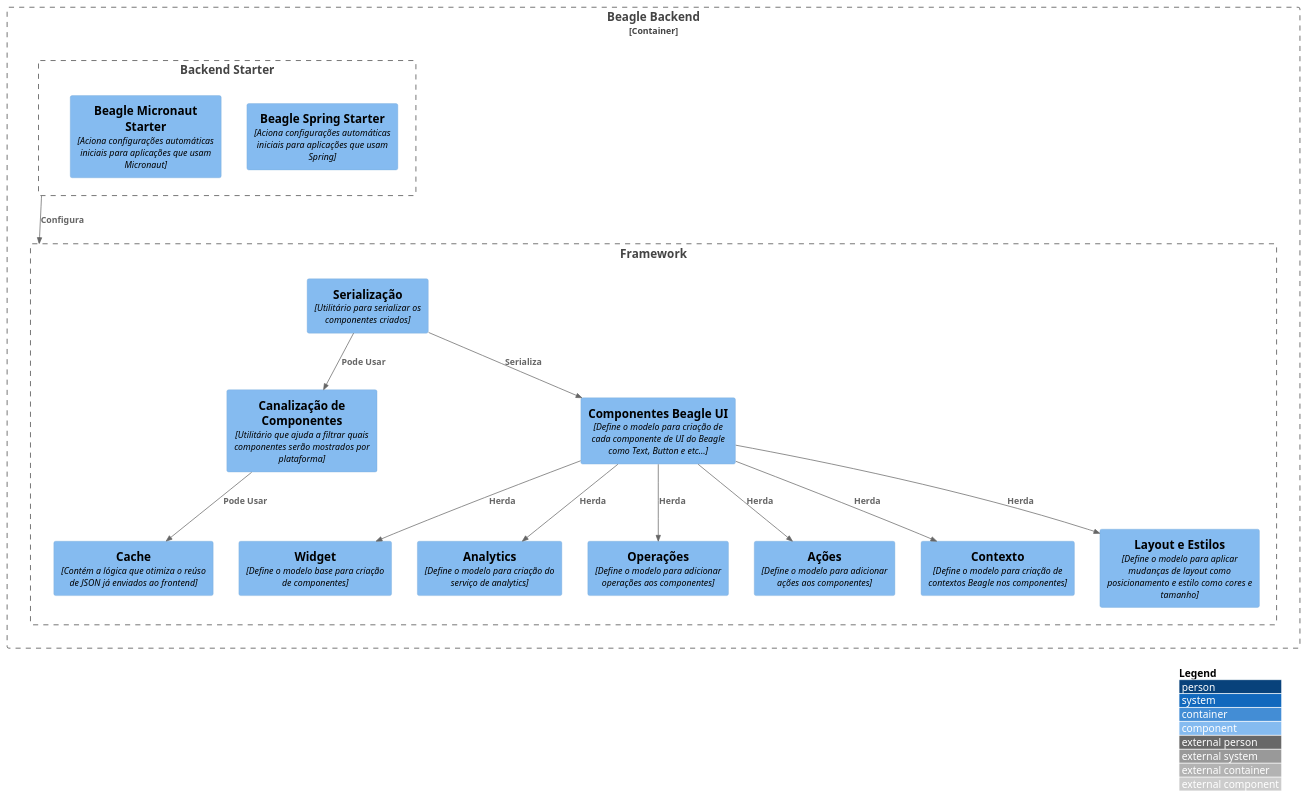
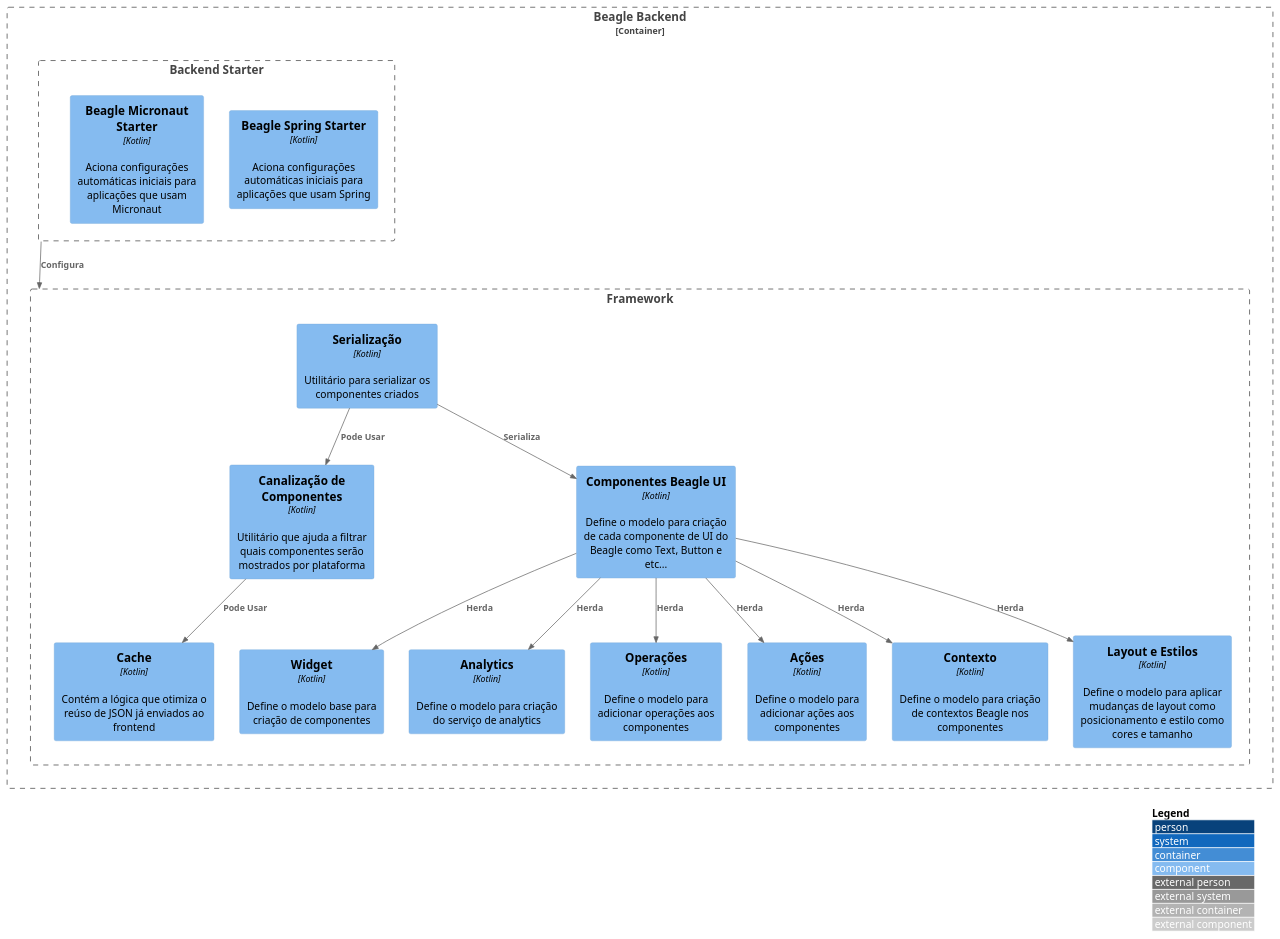
One commit to ZupIT/beagle-c4model changed the diagram in pt-br/src/C3 -  Component/Beagle Backend/c3.puml. Above: the diagram before and after it, drawn with PlantUML. The commit also changed 2 other files, not shown here.

Commit message:
Adds c3 backend translation

```diff
--- a/pt-br/src/C3 -  Component/Beagle Backend/c3.puml
+++ b/pt-br/src/C3 -  Component/Beagle Backend/c3.puml
@@ -1,40 +1,40 @@
 @startuml c2
 !include https://raw.githubusercontent.com/adrianvlupu/C4-PlantUML/latest/C4_Component.puml
 LAYOUT_WITH_LEGEND()
 
 Container_Boundary(beagle_backend, "Beagle Backend"){
 
   Boundary(backend_starter, "Backend Starter"){
-    Component(backend_starter_spring, "Beagle Spring Starter", "Aciona configurações automáticas iniciais para aplicações que usam Spring")
-    Component(backend_starter_micronaut, "Beagle Micronaut Starter", "Aciona configurações automáticas iniciais para aplicações que usam Micronaut")
+    Component(backend_starter_spring, "Beagle Spring Starter", "Kotlin","Aciona configurações automáticas iniciais para aplicações que usam Spring")
+    Component(backend_starter_micronaut, "Beagle Micronaut Starter", "Kotlin","Aciona configurações automáticas iniciais para aplicações que usam Micronaut")
   }
 
   Boundary(framework, "Framework"){
-    Component(cache, "Cache", "Contém a lógica que otimiza o reúso de JSON já enviados ao frontend")
-    Component(component_sorting, "Canalização de Componentes", "Utilitário que ajuda a filtrar quais componentes serão mostrados por plataforma")
-    Component(widget, "Widget", "Define o modelo base para criação de componentes")
-    Component(beagle_components, "Componentes Beagle UI", "Define o modelo para criação de cada componente de UI do Beagle como Text, Button e etc...")
-    Component(analytics, "Analytics", "Define o modelo para criação do serviço de analytics")
-    Component(operations, "Operações", "Define o modelo para adicionar operações aos componentes")
-    Component(actions, "Ações", "Define o modelo para adicionar ações aos componentes")
-    Component(serialization, "Serialização", "Utilitário para serializar os componentes criados")
-    Component(context, "Contexto", "Define o modelo para criação de contextos Beagle nos componentes")
-    Component(layout_style, "Layout e Estilos", "Define o modelo para aplicar mudanças de layout como posicionamento e estilo como cores e tamanho")
+    Component(cache, "Cache", "Kotlin","Contém a lógica que otimiza o reúso de JSON já enviados ao frontend")
+    Component(component_sorting, "Canalização de Componentes", "Kotlin","Utilitário que ajuda a filtrar quais componentes serão mostrados por plataforma")
+    Component(widget, "Widget", "Kotlin","Define o modelo base para criação de componentes")
+    Component(beagle_components, "Componentes Beagle UI", "Kotlin","Define o modelo para criação de cada componente de UI do Beagle como Text, Button e etc...")
+    Component(analytics, "Analytics", "Kotlin","Define o modelo para criação do serviço de analytics")
+    Component(operations, "Operações", "Kotlin","Define o modelo para adicionar operações aos componentes")
+    Component(actions, "Ações", "Kotlin","Define o modelo para adicionar ações aos componentes")
+    Component(serialization, "Serialização", "Kotlin","Utilitário para serializar os componentes criados")
+    Component(context, "Contexto", "Kotlin","Define o modelo para criação de contextos Beagle nos componentes")
+    Component(layout_style, "Layout e Estilos", "Kotlin","Define o modelo para aplicar mudanças de layout como posicionamento e estilo como cores e tamanho")
   }
 
 }
 
 Rel(backend_starter,framework, "Configura")
 
 Rel(serialization, beagle_components, "Serializa")
 Rel(serialization, component_sorting, "Pode Usar")
 Rel(component_sorting, cache, "Pode Usar")
 Rel(beagle_components,widget, "Herda")
 Rel(beagle_components,analytics, "Herda")
 Rel(beagle_components,operations, "Herda")
 Rel(beagle_components,actions, "Herda")
 Rel(beagle_components,context, "Herda")
 Rel(beagle_components,layout_style, "Herda")
 
 
 @enduml
```
